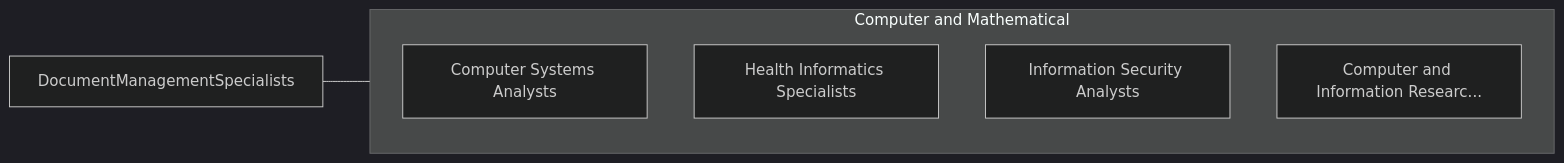
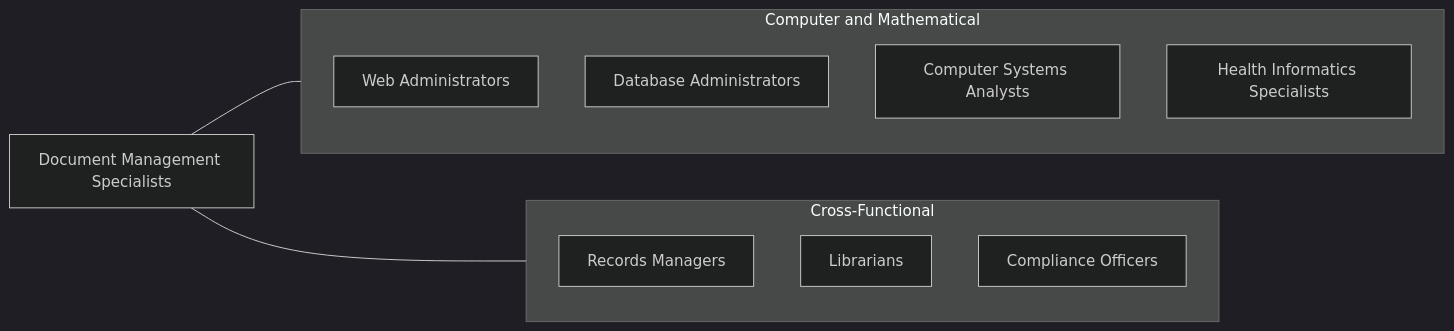
One commit to kziemski/business.org.ai changed the third of 4 diagrams in occupations/Technology/DocumentManagementSpecialists.mdx. Above: the diagram before and after it, drawn with Mermaid (dark theme). The commit also changed other lines of this file and 938 other files, not shown here.

````diff
--- a/occupations/Technology/DocumentManagementSpecialists.mdx
+++ b/occupations/Technology/DocumentManagementSpecialists.mdx
@@ -123,13 +192,20 @@
 ```mermaid
 graph LR
-    Current["DocumentManagementSpecialists"]
+    Current["Document Management Specialists"]
 
     subgraph SameCategory["Computer and Mathematical"]
-        ComputerSystemsAnaly["Computer Systems Analysts"]
-        HealthInformaticsSpe["Health Informatics Specialists"]
-        InformationSecurityA["Information Security Analysts"]
-        ComputerAndInformati["Computer and Information Researc..."]
+        WA["Web Administrators"]
+        DBA["Database Administrators"]
+        CSA["Computer Systems Analysts"]
+        HIS["Health Informatics Specialists"]
+    end
+
+    subgraph CrossFunctional["Cross-Functional"]
+        RM["Records Managers"]
+        Lib["Librarians"]
+        Comp["Compliance Officers"]
     end
 
     Current --- SameCategory
+    Current --- CrossFunctional
 ```
````
